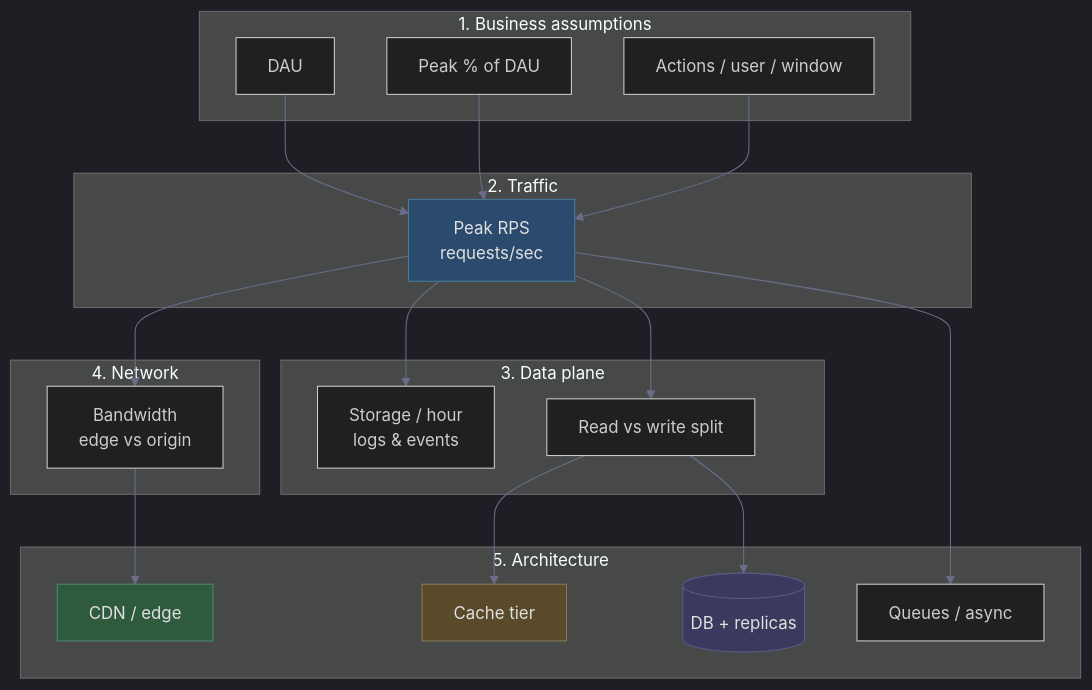
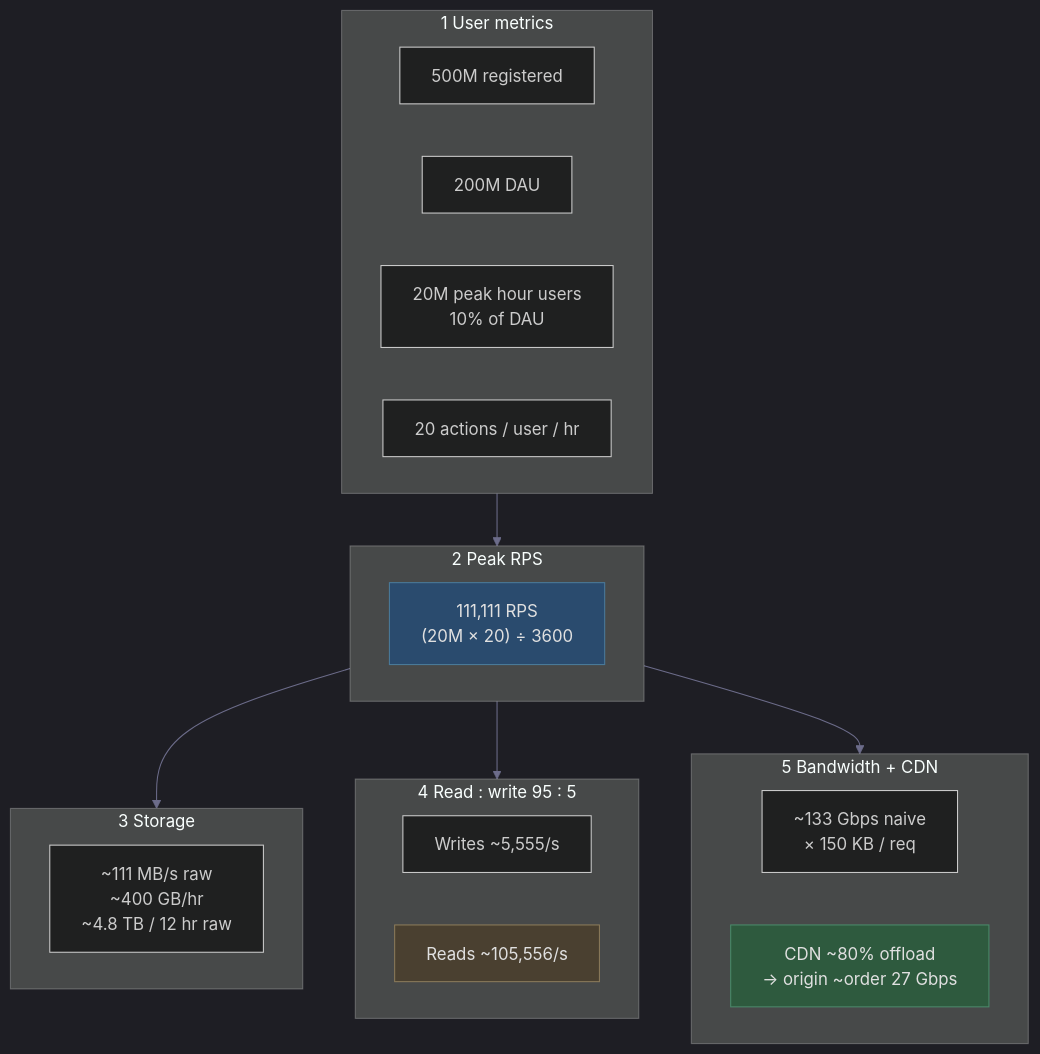
The first of 3 diagrams in Day44_Capacity_Estimation_Black_Friday_Amazon.md (Sunchit/SystemDesignInterviewPreparationSeries), drawn with Mermaid before and after one commit. The commit also changed other lines of this file, not shown here.

First line of the commit message:
Day 44: Architect's Framework numbers + three dark Mermaid diagrams

````diff
--- a/Day44_Capacity_Estimation_Black_Friday_Amazon.md
+++ b/Day44_Capacity_Estimation_Black_Friday_Amazon.md
@@ -128,48 +131,39 @@
 ```mermaid
 %%{init: {'theme': 'dark', 'themeVariables': {
   'primaryTextColor': '#cdd6f4',
   'lineColor': '#6c6c8a'
 }}}%%
 flowchart TB
-    subgraph A["1. Business assumptions"]
-        DAU[DAU]
-        PCT[Peak % of DAU]
-        APU[Actions / user / window]
+    subgraph Step1["1 User metrics"]
+        A1["500M registered"]
+        A2["200M DAU"]
+        A3["20M peak hour users\n10% of DAU"]
+        A4["20 actions / user / hr"]
     end
 
-    subgraph B["2. Traffic"]
-        RPS[Peak RPS\nrequests/sec]
+    subgraph Step2["2 Peak RPS"]
+        R["111,111 RPS\n(20M × 20) ÷ 3600"]
     end
 
-    subgraph C["3. Data plane"]
-        STO[Storage / hour\nlogs & events]
-        RW[Read vs write split]
+    subgraph Step3["3 Storage"]
+        S["~111 MB/s raw\n~400 GB/hr\n~4.8 TB / 12 hr raw"]
     end
 
-    subgraph D["4. Network"]
-        BW[Bandwidth\nedge vs origin]
+    subgraph Step4["4 Read : write 95 : 5"]
+        W["Writes ~5,555/s"]
+        Rd["Reads ~105,556/s"]
     end
 
-    subgraph E["5. Architecture"]
-        CDN[CDN / edge]
-        CACHE[Cache tier]
-        DB[(DB + replicas)]
-        Q[Queues / async]
+    subgraph Step5["5 Bandwidth + CDN"]
+        B["~133 Gbps naive\n× 150 KB / req"]
+        C["CDN ~80% offload\n→ origin ~order 27 Gbps"]
     end
 
-    DAU --> RPS
-    PCT --> RPS
-    APU --> RPS
-    RPS --> STO
-    RPS --> RW
-    RPS --> BW
-    RW --> CACHE
-    RW --> DB
-    BW --> CDN
-    RPS --> Q
+    Step1 --> Step2 --> Step3
+    Step2 --> Step4
+    Step2 --> Step5
 
-    style RPS fill:#2a4b6e,stroke:#4a7a9a,color:#e0e0e0
-    style CDN fill:#2e5a3e,stroke:#4a8a6a,color:#e0e0e0
-    style CACHE fill:#5a4a2a,stroke:#8a7a5a,color:#e0e0e0
-    style DB fill:#3a3a5e,stroke:#5a5a8a,color:#e0e0e0
+    style R fill:#2a4b6e,stroke:#4a7a9a,color:#e0e0e0
+    style C fill:#2e5a3e,stroke:#4a8a6a,color:#e0e0e0
+    style Rd fill:#4a4030,stroke:#8a7a5a,color:#e0e0e0
 ```
````
